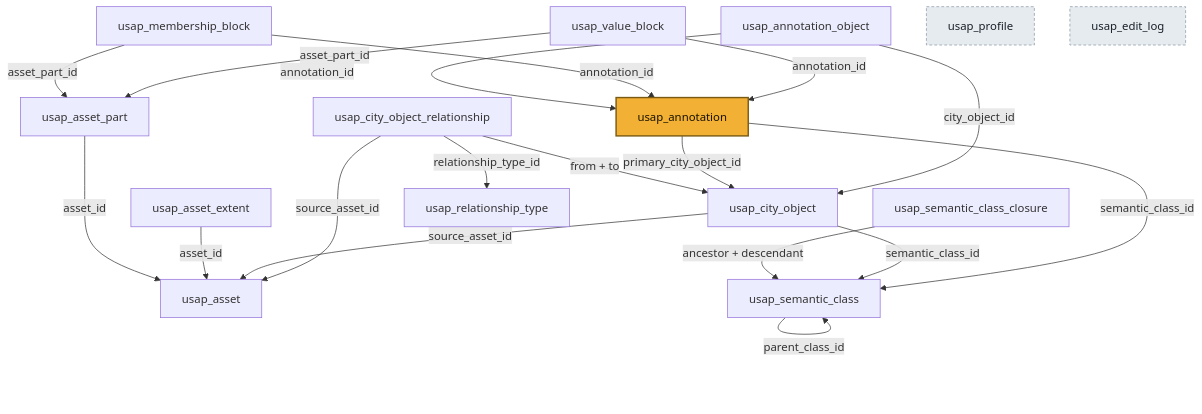
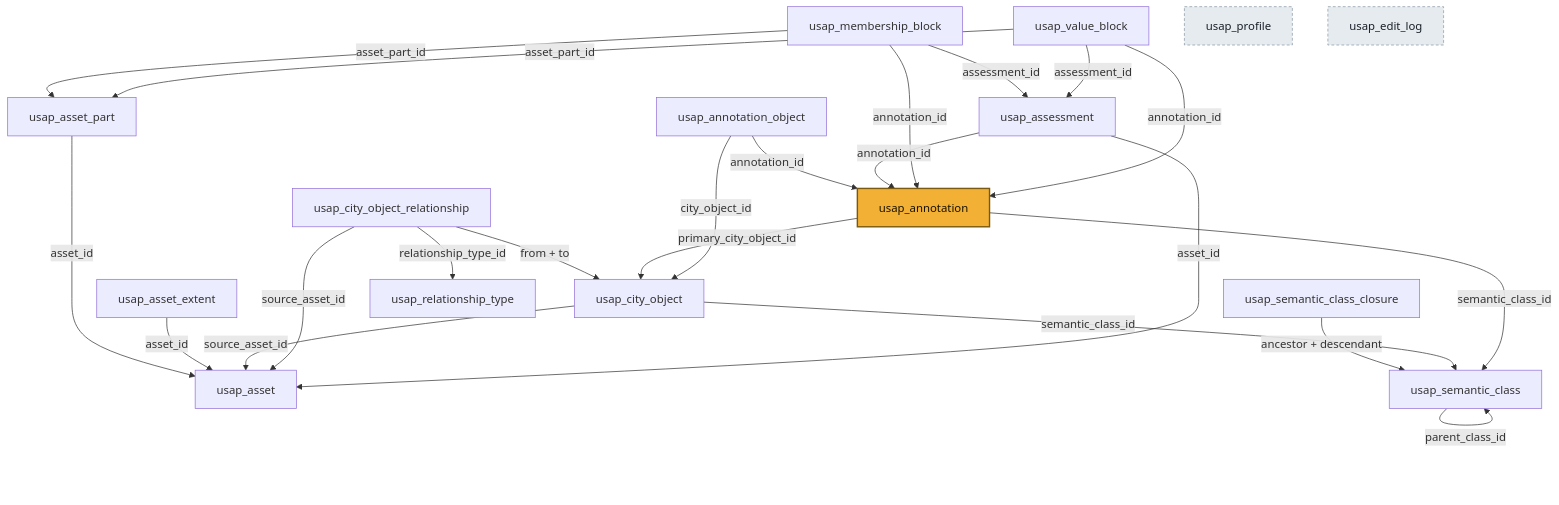
Before and after one commit to EliaMTH/usap_prot: the first of 3 diagrams in docs/SCHEMA_WIRING.md, drawn with Mermaid. The commit also changed other lines of this file and 35 other files, not shown here.

````diff
--- a/docs/SCHEMA_WIRING.md
+++ b/docs/SCHEMA_WIRING.md
@@ -12,38 +12,43 @@
 ```mermaid
 flowchart TB
     ASSET[usap_asset]
     SCLASS[usap_semantic_class]
     APART[usap_asset_part]
     AEXT[usap_asset_extent]
     SCC[usap_semantic_class_closure]
     CO[usap_city_object]
     COR[usap_city_object_relationship]
     RTYPE[usap_relationship_type]
     ANN[usap_annotation]
     ANNO[usap_annotation_object]
+    ASM[usap_assessment]
     MB[usap_membership_block]
     VB[usap_value_block]
     PROF[usap_profile]
     LOG[usap_edit_log]
     APART -->|asset_id| ASSET
     AEXT -->|asset_id| ASSET
     SCLASS -->|parent_class_id| SCLASS
     SCC -->|ancestor + descendant| SCLASS
     CO -->|semantic_class_id| SCLASS
     CO -->|source_asset_id| ASSET
     COR -->|from + to| CO
     COR -->|relationship_type_id| RTYPE
     COR -->|source_asset_id| ASSET
     ANN -->|semantic_class_id| SCLASS
     ANN -->|primary_city_object_id| CO
     ANNO -->|annotation_id| ANN
     ANNO -->|city_object_id| CO
+    ASM -->|annotation_id| ANN
+    ASM -->|asset_id| ASSET
+    MB -->|assessment_id| ASM
     MB -->|annotation_id| ANN
     MB -->|asset_part_id| APART
+    VB -->|assessment_id| ASM
     VB -->|annotation_id| ANN
     VB -->|asset_part_id| APART
     classDef hub fill:#f2b134,stroke:#7a5a12,color:#1a1200,stroke-width:2px;
     classDef standalone fill:#e6ebf0,stroke:#8a97a3,color:#1a2028,stroke-dasharray:4 3;
     class ANN hub
     class PROF,LOG standalone
 ```
````
